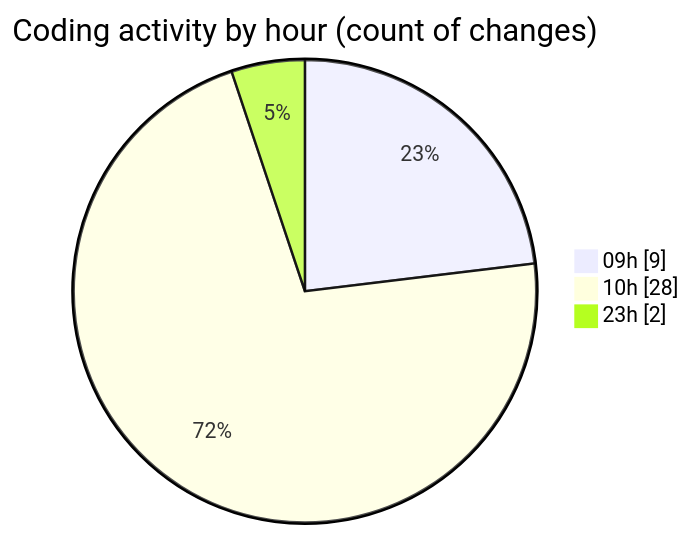
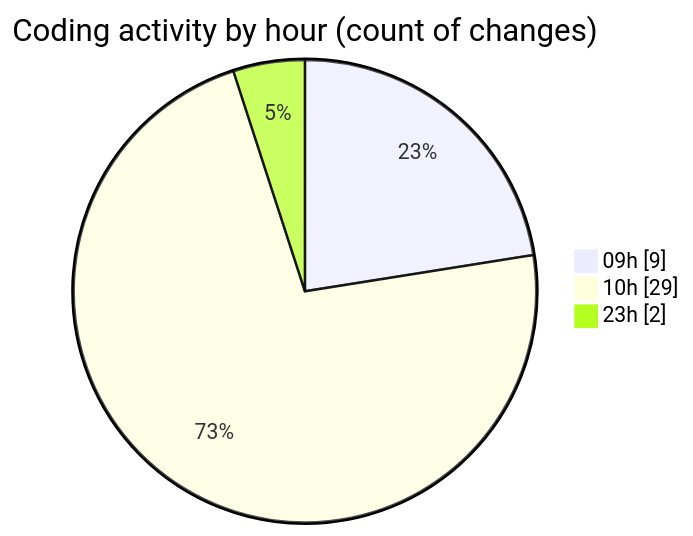
The second of 2 diagrams in 2025-05-19/niten/README.md (Elitesun/code-tracking), drawn with Mermaid before and after one commit. The commit also changed other lines of this file and 1 other file, not shown here.

````diff
--- a/2025-05-19/niten/README.md
+++ b/2025-05-19/niten/README.md
@@ -42,7 +42,7 @@
 ```mermaid
 pie showData
 title Coding activity by hour (count of changes)
 "09h" : 9
-"10h" : 28
+"10h" : 29
 "23h" : 2
 ```
````
